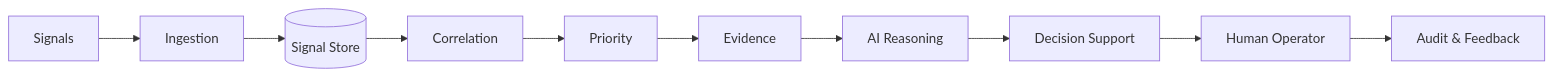
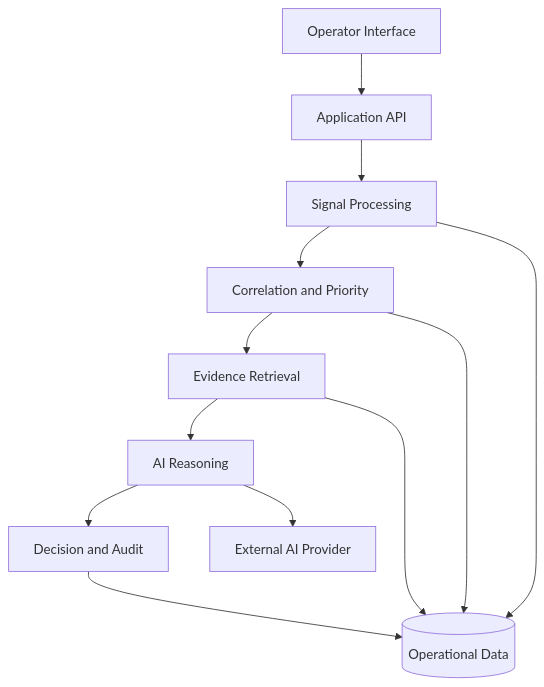
Before and after one commit to hammedfataio/Sigvora: the second of 3 diagrams in README.md, drawn with Mermaid. The commit also changed other lines of this file, not shown here.

````diff
--- a/README.md
+++ b/README.md
@@ -96,13 +139,35 @@
 ```mermaid
-flowchart LR
-    A["Signals"] --> B["Ingestion"]
-    B --> C[("Signal Store")]
-    C --> D["Correlation"]
-    D --> E["Priority"]
-    E --> F["Evidence"]
-    F --> G["AI Reasoning"]
-    G --> H["Decision Support"]
-    H --> I["Human Operator"]
+flowchart TD
 
-    I --> J["Audit & Feedback"]
+    A["Operator Interface"]
+
+    B["Application API"]
+
+    C["Signal Processing"]
+
+    D["Correlation and Priority"]
+
+    E["Evidence Retrieval"]
+
+    F["AI Reasoning"]
+
+    G["Decision and Audit"]
+
+    H[("Operational Data")]
+
+    I["External AI Provider"]
+
+    A --> B
+    B --> C
+    C --> D
+    D --> E
+    E --> F
+    F --> G
+
+    C --> H
+    D --> H
+    E --> H
+    G --> H
+
+    F --> I
 ```
````
